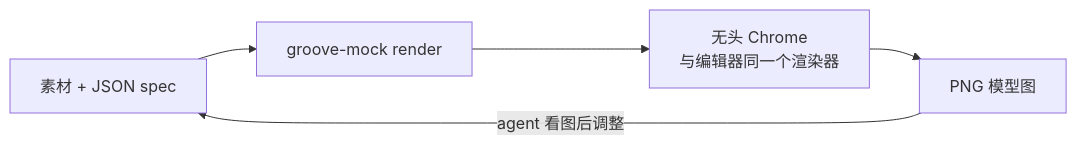
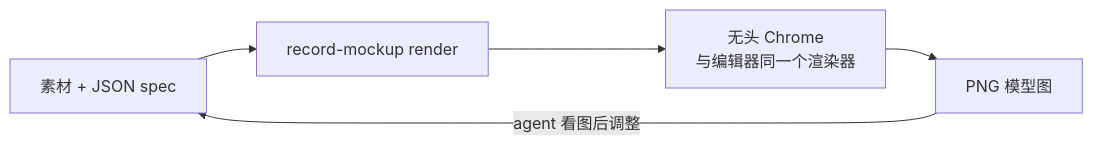
The diagram in README.zh-CN.md (oceanjustinlin/groove-mock), drawn with Mermaid before and after one commit. The commit also changed other lines of this file and 14 other files, not shown here.

First line of the commit message:
chore: rename Groove Mock to Record Mockup

````diff
--- a/README.zh-CN.md
+++ b/README.zh-CN.md
@@ -38,7 +38,7 @@
 ```mermaid
 flowchart LR
-  A[素材 + JSON spec] --> B[groove-mock render]
+  A[素材 + JSON spec] --> B[record-mockup render]
   B --> C[无头 Chrome<br>与编辑器同一个渲染器]
   C --> D[PNG 模型图]
   D -->|agent 看图后调整| A
 ```
````
